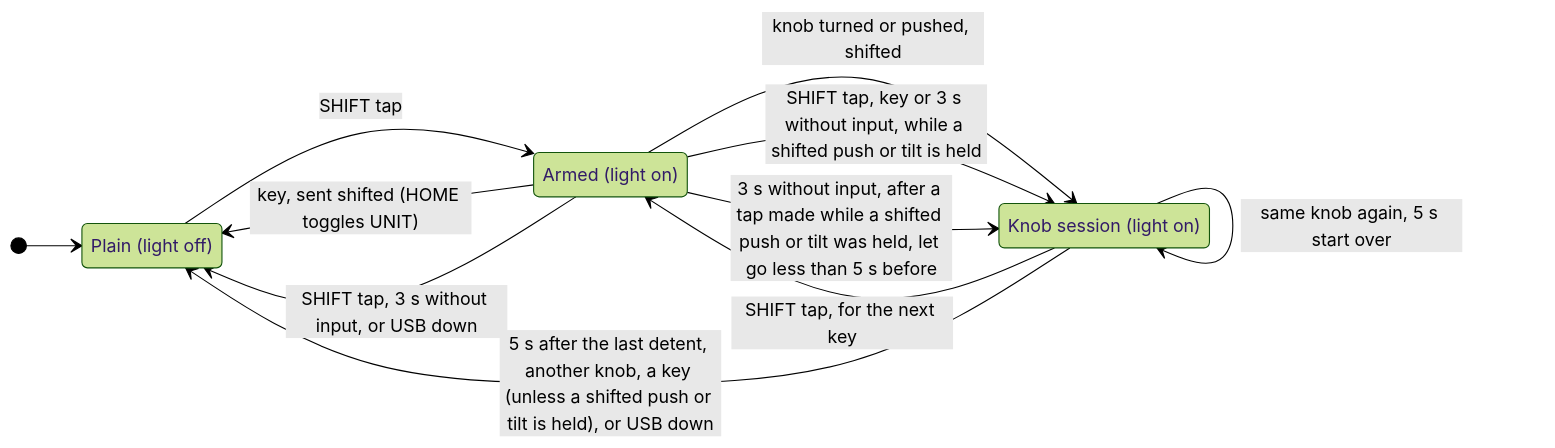
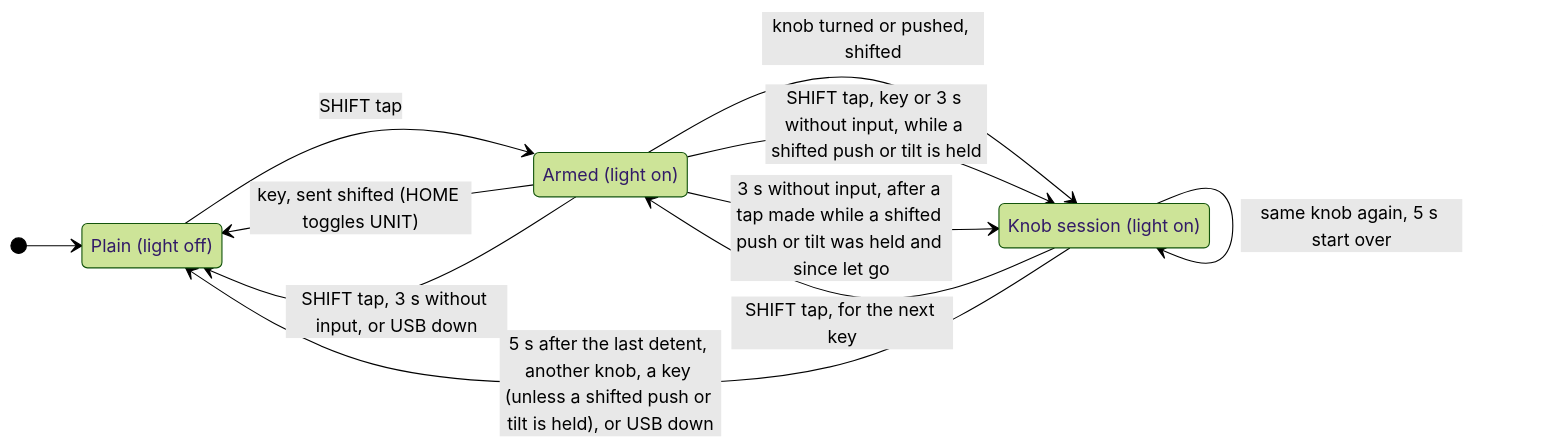
Before and after one commit to saschagrunert/avionics-panel: the second of 2 diagrams in docs/architecture/firmware.md, drawn with Mermaid (forest theme). The commit also changed other lines of this file and 7 other files, not shown here.

````diff
--- a/docs/architecture/firmware.md
+++ b/docs/architecture/firmware.md
@@ -81,17 +82,17 @@
 ```mermaid
 stateDiagram-v2
   direction LR
   state "Plain (light off)" as Plain
   state "Armed (light on)" as Armed
   state "Knob session (light on)" as Knob
   [*] --> Plain
   Plain --> Armed: SHIFT tap
   Armed --> Plain: key, sent shifted (HOME toggles UNIT)
   Armed --> Plain: SHIFT tap, 3 s without input, or USB down
   Armed --> Knob: knob turned or pushed, shifted
   Armed --> Knob: SHIFT tap, key or 3 s without input, while a shifted push or tilt is held
-  Armed --> Knob: 3 s without input, after a tap made while a shifted push or tilt was held, let go less than 5 s before
+  Armed --> Knob: 3 s without input, after a tap made while a shifted push or tilt was held and since let go
   Knob --> Knob: same knob again, 5 s start over
   Knob --> Armed: SHIFT tap, for the next key
   Knob --> Plain: 5 s after the last detent, another knob, a key (unless a shifted push or tilt is held), or USB down
 ```
````
